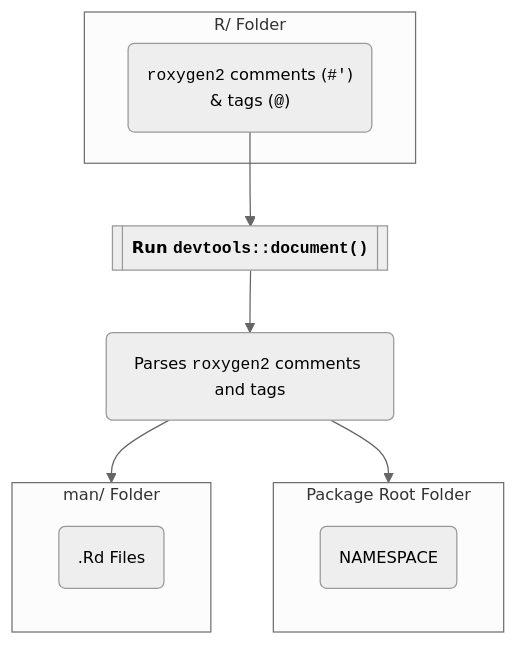
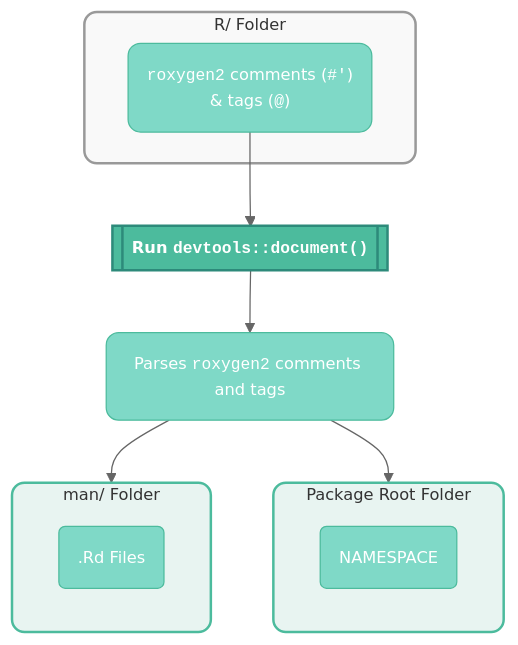
Before and after one commit to mjfrigaard/shiny-app-pkgs: the first of 5 diagrams in document.qmd, drawn with Mermaid. The commit also changed 107 other files, not shown here.

First line of the commit message:
Add consistent teal/light-teal color styling to mermaid diagrams

````diff
--- a/document.qmd
+++ b/document.qmd
@@ -429,29 +429,31 @@
 ```{mermaid}
 %%| fig-cap: '`roxygen2` creates the `NAMESPACE` and help files in the  `man/` folder'
 %%| fig-align: center
 %%{init: {'theme': 'neutral', 'themeVariables': { 'fontFamily': 'monospace', "fontSize":"13px"}}}%%
 flowchart TB
   subgraph Code["R/ Folder"]
    Roxy2("<code>roxygen2</code> comments (<code>#'</code>)<br> & tags (<code>@</code>)")
    end
   Roxy2 --> Doc[["<strong>Run <code>devtools::document()</code></strong>"]]
   Doc --> Parse("Parses <code>roxygen2</code> comments and tags")
    
    subgraph Man["man/ Folder"]
     Rd(".Rd Files")
    end
    
    subgraph Root["Package Root Folder"]
     NS("NAMESPACE")
    end
 
-   Parse --> Man 
+   Parse --> Man
    Parse --> Root
-  
-  %% style Code fill:#8dd38d,stroke:none,rx:10,ry:10,font-size:13px
-  %% style Roxy2 fill:#8dd38d,stroke:none,rx:10,ry:10,font-size:13px
-  %% style Doc fill:#89D6FB,stroke:none,rx:10,ry:10,font-size:13px
-  %% style Parse fill:#89D6FB,stroke:none,rx:10,ry:10,font-size:13px
-  %% style Man fill:#8dd38d,stroke:none,rx:10,ry:10,font-size:13px
-  %% style NS fill:#8dd38d,stroke:none,rx:10,ry:10,font-size:13px
+
+  style Code fill:#f9f9f9,stroke:#999,stroke-width:2px,rx:10,ry:10
+  style Roxy2 fill:#7fd9c7,color:#fff,stroke:#4CBB9D,stroke-width:1px,rx:10,ry:10
+  style Doc fill:#4CBB9D,color:#fff,stroke:#2d8a7a,stroke-width:2px,rx:10,ry:10
+  style Parse fill:#7fd9c7,color:#fff,stroke:#4CBB9D,stroke-width:1px,rx:10,ry:10
+  style Man fill:#e8f4f1,stroke:#4CBB9D,stroke-width:2px,rx:10,ry:10
+  style Root fill:#e8f4f1,stroke:#4CBB9D,stroke-width:2px,rx:10,ry:10
+  style Rd fill:#7fd9c7,color:#fff,stroke:#4CBB9D,stroke-width:1px
+  style NS fill:#7fd9c7,color:#fff,stroke:#4CBB9D,stroke-width:1px
 ```
````
